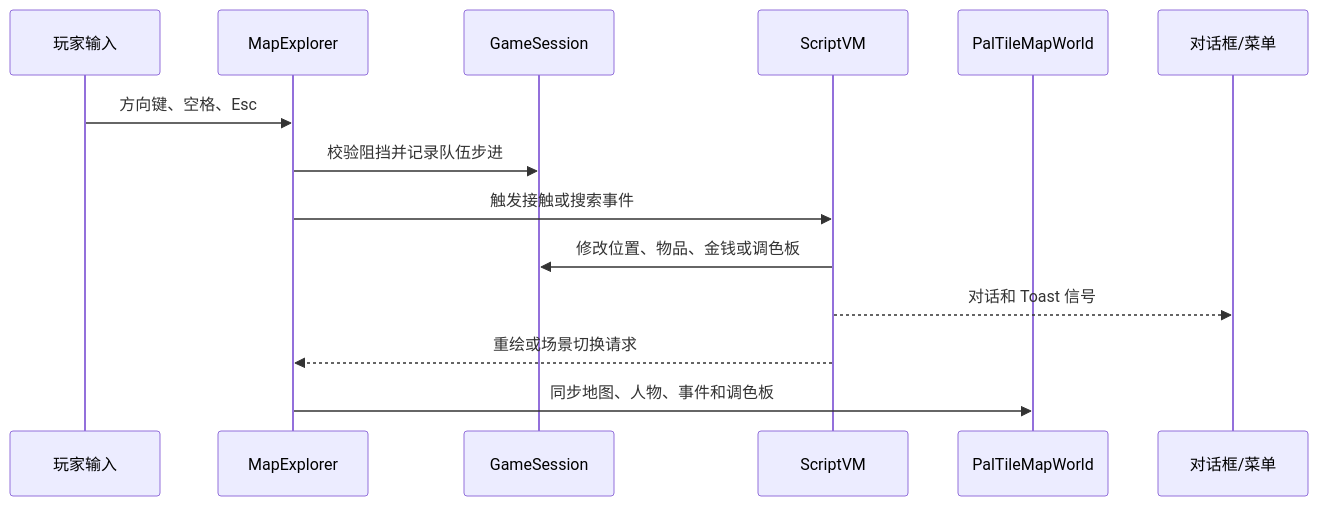
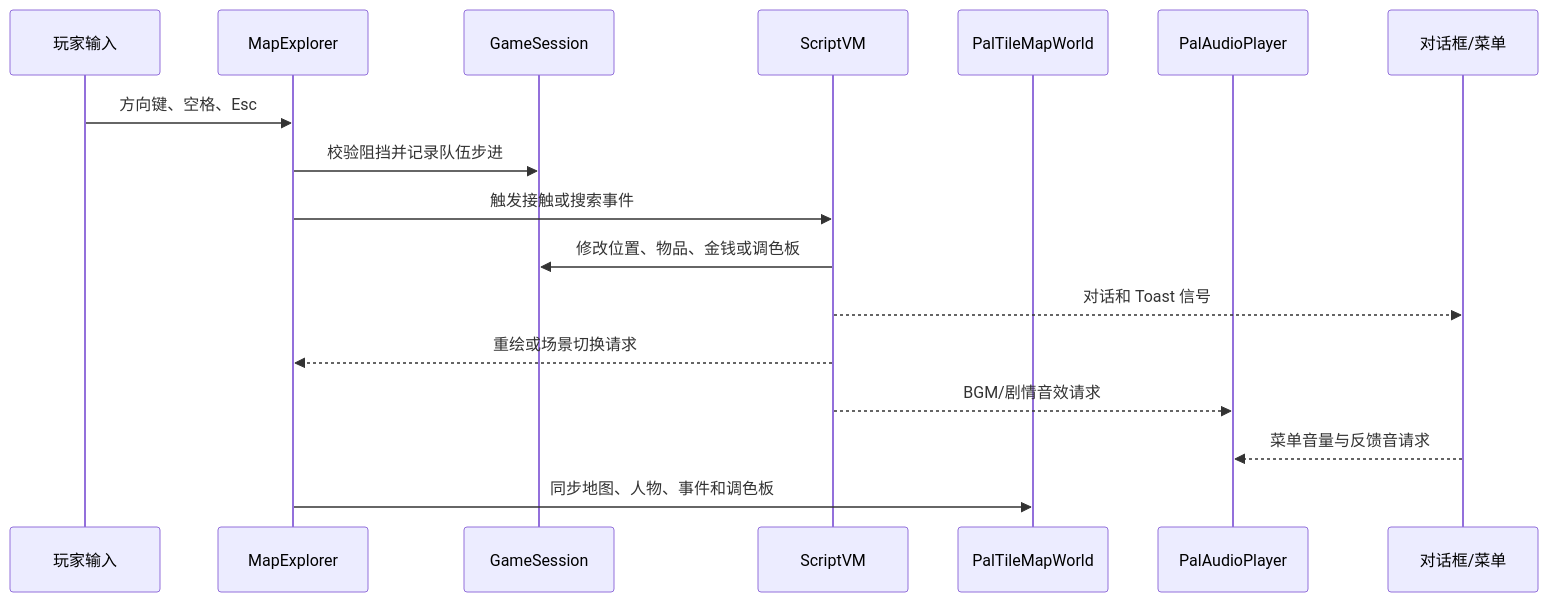
One commit to 1xuanyuan1/sword-godot changed the second of 2 diagrams in docs/ARCHITECTURE.md. Above: the diagram before and after it, drawn with Mermaid. The commit also changed other lines of this file and 22 other files, not shown here.

````diff
--- a/docs/ARCHITECTURE.md
+++ b/docs/ARCHITECTURE.md
@@ -50,16 +53,19 @@
 ```mermaid
 sequenceDiagram
     participant U as 玩家输入
     participant M as MapExplorer
     participant S as GameSession
     participant V as ScriptVM
     participant W as PalTileMapWorld
+    participant A as PalAudioPlayer
     participant UI as 对话框/菜单
     U->>M: 方向键、空格、Esc
     M->>S: 校验阻挡并记录队伍步进
     M->>V: 触发接触或搜索事件
     V->>S: 修改位置、物品、金钱或调色板
     V-->>UI: 对话和 Toast 信号
     V-->>M: 重绘或场景切换请求
+    V-->>A: BGM/剧情音效请求
+    UI-->>A: 菜单音量与反馈音请求
     M->>W: 同步地图、人物、事件和调色板
 ```
````
